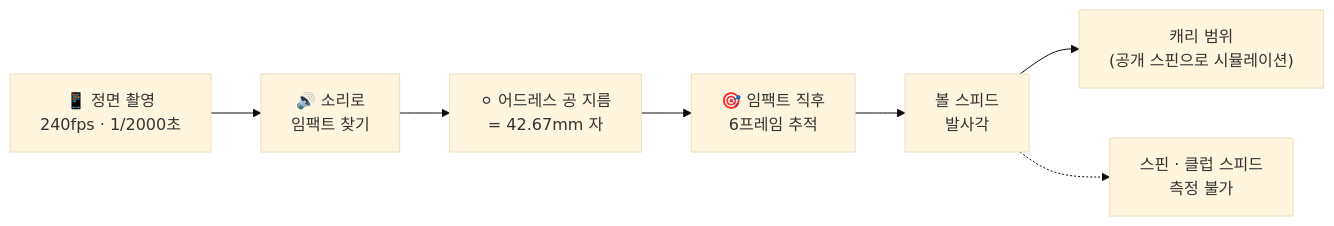
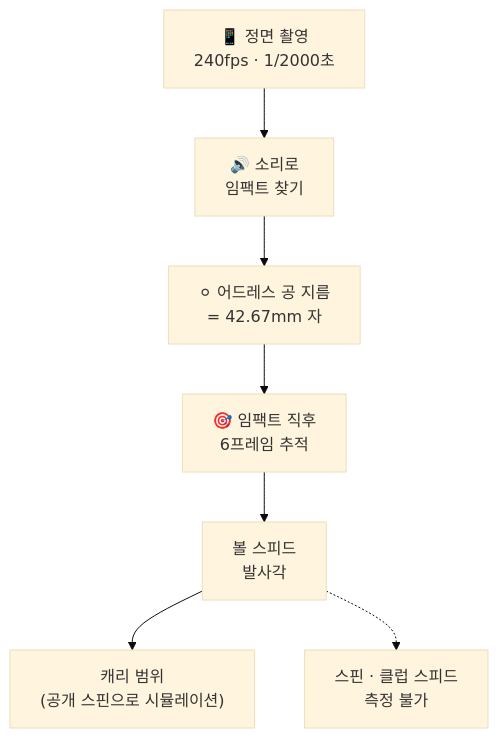
The diagram in README.md (jongsu-king/SwingLab), drawn with Mermaid (base theme) before and after one commit. The commit also changed other lines of this file and 1 other file, not shown here.

Commit message:
README: phone-friendly layout (feature list, top-down launch diagram, compact tables)

````diff
--- a/README.md
+++ b/README.md
@@ -71,9 +69,9 @@
 ```mermaid
-flowchart LR
+flowchart TD
     A["📱 정면 촬영<br/>240fps · 1/2000초"] --> B["🔊 소리로<br/>임팩트 찾기"]
     B --> C["⚪ 어드레스 공 지름<br/>= 42.67mm 자"]
     C --> D["🎯 임팩트 직후<br/>6프레임 추적"]
     D --> E["볼 스피드<br/>발사각"]
     E --> F["캐리 범위<br/>(공개 스핀으로 시뮬레이션)"]
     E -.-> G["스핀 · 클럽 스피드<br/>측정 불가"]
 ```
````
